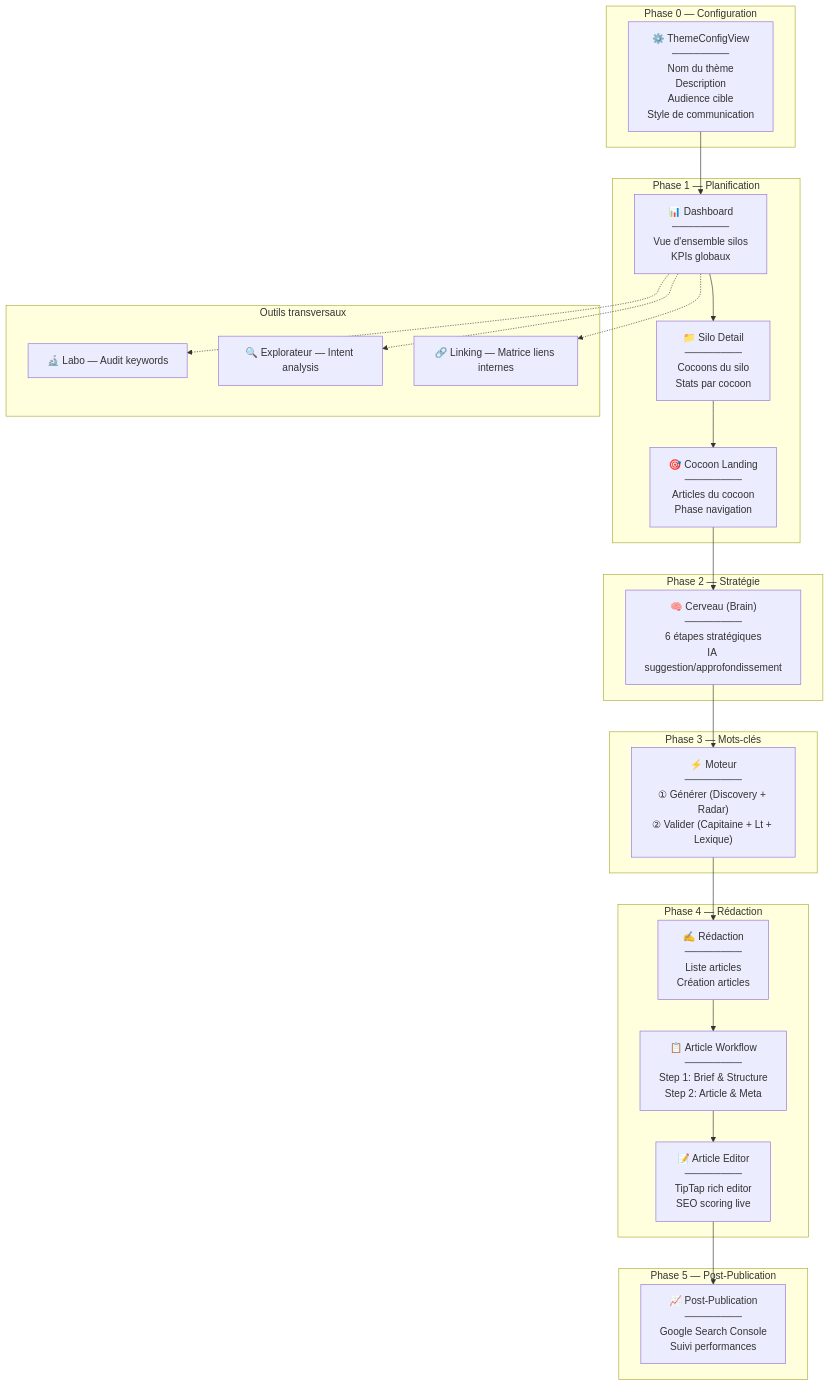
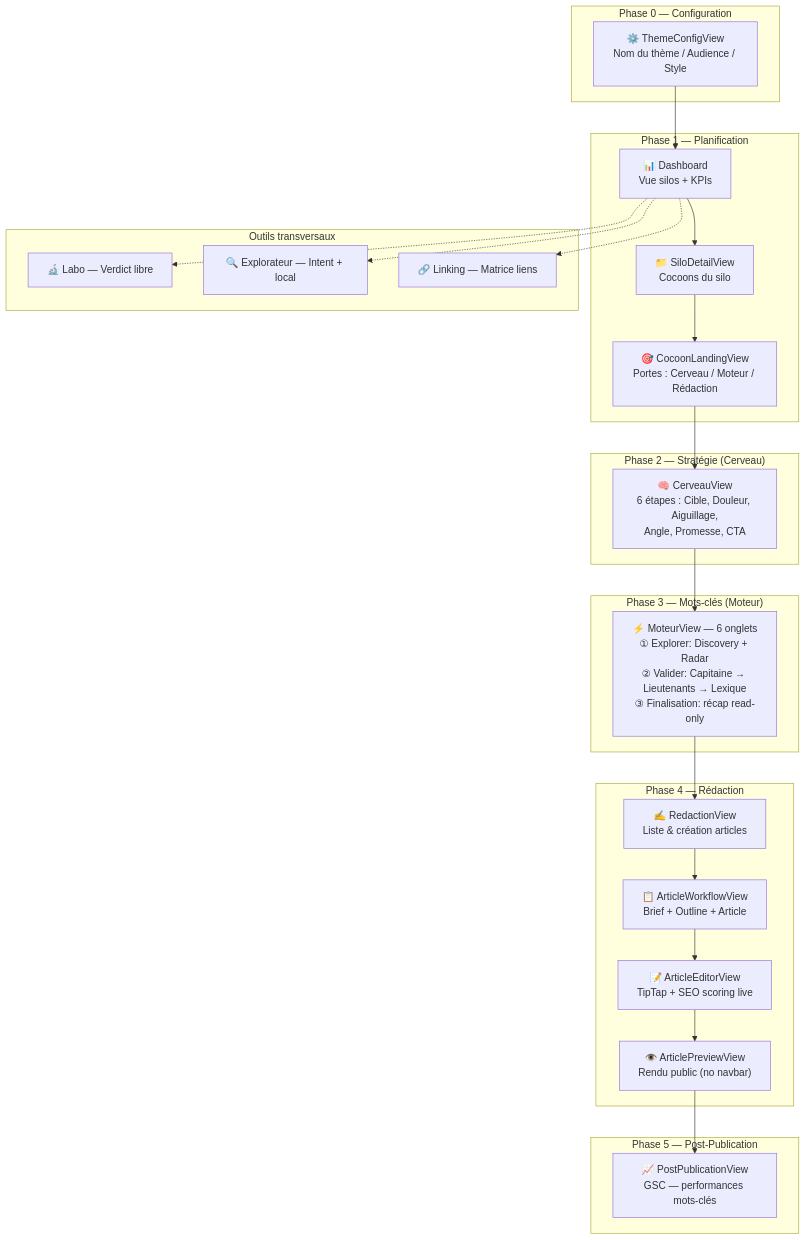
The fifth of 24 diagrams in ARCHITECTURE_FLOWS.md (annubis-knight/Blog_Redactor_SEO), drawn with Mermaid before and after one commit. The commit also changed other lines of this file and 400 other files, not shown here.

````diff
--- a/ARCHITECTURE_FLOWS.md
+++ b/ARCHITECTURE_FLOWS.md
@@ -338,50 +364,52 @@
 ```mermaid
 graph TB
-    subgraph Phase1["Phase 0 — Configuration"]
-        CONFIG["⚙️ ThemeConfigView<br>────────<br>Nom du thème<br>Description<br>Audience cible<br>Style de communication"]
+    subgraph Phase0["Phase 0 — Configuration"]
+        CONFIG["⚙️ ThemeConfigView<br>Nom du thème / Audience / Style"]
     end
 
-    subgraph Phase2["Phase 1 — Planification"]
-        DASH["📊 Dashboard<br>────────<br>Vue d'ensemble silos<br>KPIs globaux"]
-        SILO["📁 Silo Detail<br>────────<br>Cocoons du silo<br>Stats par cocoon"]
-        COCOON["🎯 Cocoon Landing<br>────────<br>Articles du cocoon<br>Phase navigation"]
+    subgraph Phase1["Phase 1 — Planification"]
+        DASH["📊 Dashboard<br>Vue silos + KPIs"]
+        SILO["📁 SiloDetailView<br>Cocoons du silo"]
+        COCOON["🎯 CocoonLandingView<br>Portes : Cerveau / Moteur / Rédaction"]
     end
 
-    subgraph Phase3["Phase 2 — Stratégie"]
-        BRAIN["🧠 Cerveau (Brain)<br>────────<br>6 étapes stratégiques<br>IA suggestion/approfondissement"]
+    subgraph Phase2["Phase 2 — Stratégie (Cerveau)"]
+        BRAIN["🧠 CerveauView<br>6 étapes : Cible, Douleur, Aiguillage,<br>Angle, Promesse, CTA"]
     end
 
-    subgraph Phase4["Phase 3 — Mots-clés"]
-        MOTEUR["⚡ Moteur<br>────────<br>① Générer (Discovery + Radar)<br>② Valider (Capitaine + Lt + Lexique)"]
+    subgraph Phase3["Phase 3 — Mots-clés (Moteur)"]
+        MOTEUR["⚡ MoteurView — 6 onglets<br>① Explorer: Discovery + Radar<br>② Valider: Capitaine → Lieutenants → Lexique<br>③ Finalisation: récap read-only"]
     end
 
-    subgraph Phase5["Phase 4 — Rédaction"]
-        REDAC["✍️ Rédaction<br>────────<br>Liste articles<br>Création articles"]
-        WORKFLOW["📋 Article Workflow<br>────────<br>Step 1: Brief & Structure<br>Step 2: Article & Meta"]
-        EDITOR["📝 Article Editor<br>────────<br>TipTap rich editor<br>SEO scoring live"]
+    subgraph Phase4["Phase 4 — Rédaction"]
+        REDAC["✍️ RedactionView<br>Liste & création articles"]
+        WORKFLOW["📋 ArticleWorkflowView<br>Brief + Outline + Article"]
+        EDITOR["📝 ArticleEditorView<br>TipTap + SEO scoring live"]
+        PREVIEW["👁️ ArticlePreviewView<br>Rendu public (no navbar)"]
     end
 
-    subgraph Phase6["Phase 5 — Post-Publication"]
-        POSTPUB["📈 Post-Publication<br>────────<br>Google Search Console<br>Suivi performances"]
+    subgraph Phase5["Phase 5 — Post-Publication"]
+        POSTPUB["📈 PostPublicationView<br>GSC — performances mots-clés"]
     end
 
     subgraph Tools["Outils transversaux"]
-        LABO["🔬 Labo — Audit keywords"]
-        EXPLO["🔍 Explorateur — Intent analysis"]
-        LINK["🔗 Linking — Matrice liens internes"]
+        LABO["🔬 Labo — Verdict libre"]
+        EXPLO["🔍 Explorateur — Intent + local"]
+        LINK["🔗 Linking — Matrice liens"]
     end
 
     CONFIG --> DASH
     DASH --> SILO
     SILO --> COCOON
     COCOON --> BRAIN
     BRAIN --> MOTEUR
     MOTEUR --> REDAC
     REDAC --> WORKFLOW
     WORKFLOW --> EDITOR
-    EDITOR --> POSTPUB
+    EDITOR --> PREVIEW
+    PREVIEW --> POSTPUB
 
     DASH -.-> LABO
     DASH -.-> EXPLO
     DASH -.-> LINK
 ```
````
